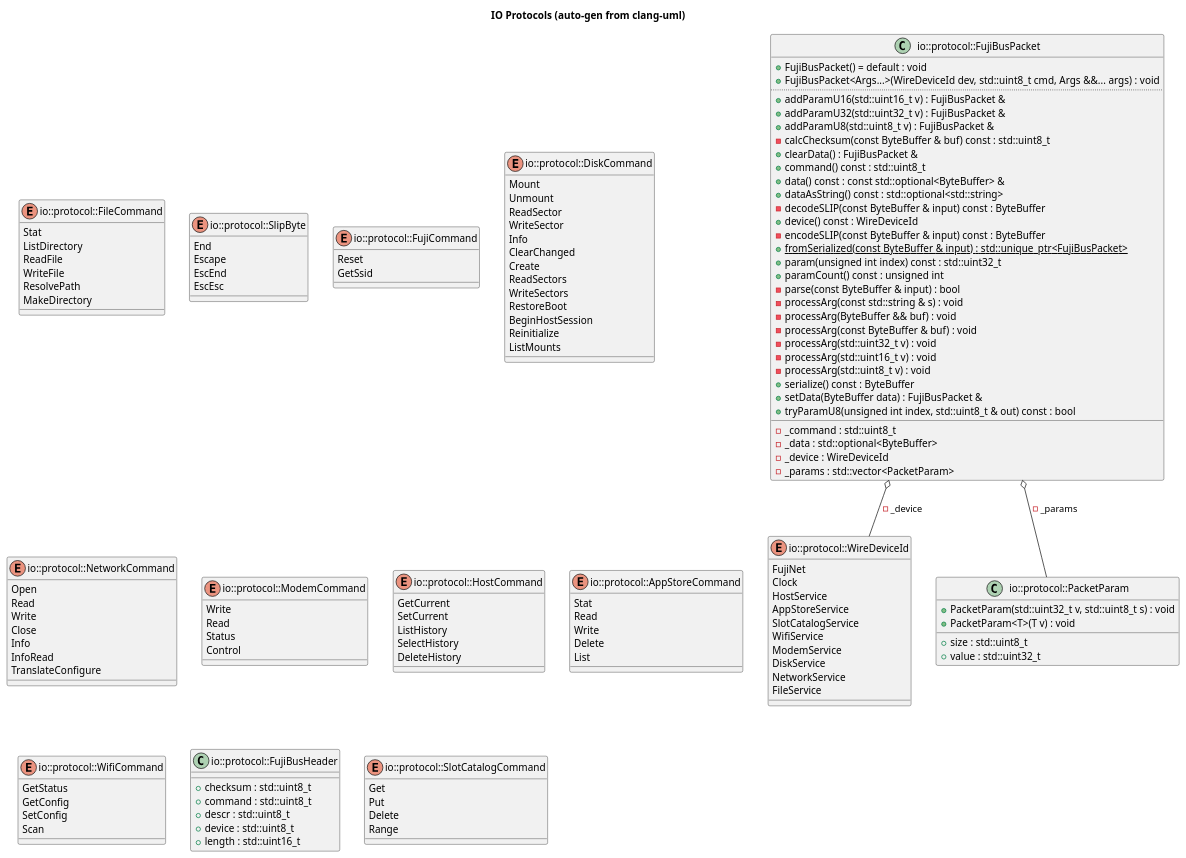
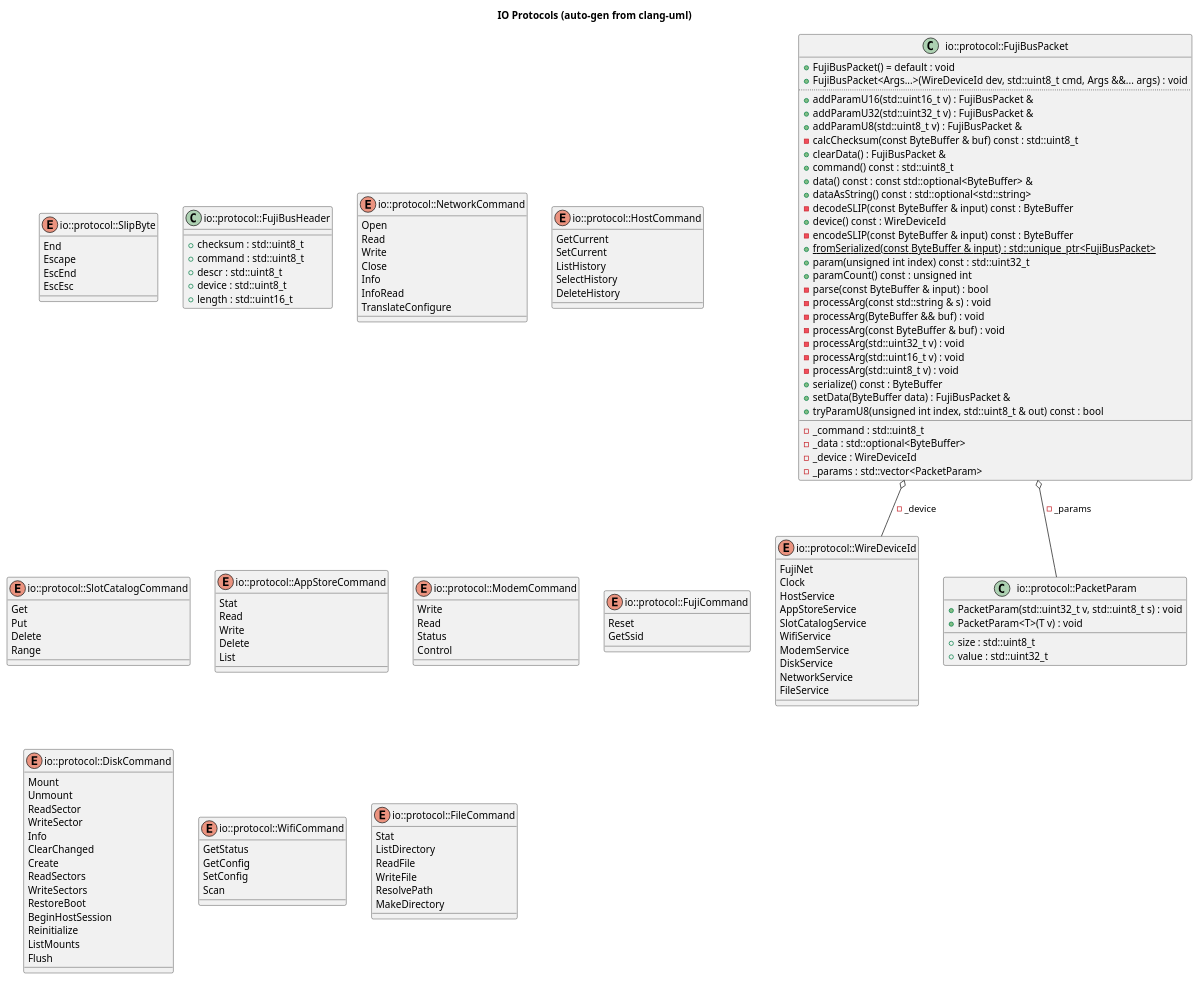
The diagram in docs/uml/gen_io_protocol.puml (markjfisher/fujinet-nio), drawn with PlantUML before and after one commit. The commit also changed 19 other files, not shown here.

Commit message:
chore: update auto-generated UML diagrams

```diff
--- a/docs/uml/gen_io_protocol.puml
+++ b/docs/uml/gen_io_protocol.puml
@@ -1,157 +1,158 @@
 @startuml
 title IO Protocols (auto-gen from clang-uml)
 enum "io::protocol::WireDeviceId" as C_0015225225004340369839
 enum C_0015225225004340369839 {
 FujiNet
 Clock
 HostService
 AppStoreService
 SlotCatalogService
 WifiService
 ModemService
 DiskService
 NetworkService
 FileService
-}
-enum "io::protocol::FileCommand" as C_0003895064208135060769
-enum C_0003895064208135060769 {
-Stat
-ListDirectory
-ReadFile
-WriteFile
-ResolvePath
-MakeDirectory
 }
 enum "io::protocol::SlipByte" as C_0010627602090167488081
 enum C_0010627602090167488081 {
 End
 Escape
 EscEnd
 EscEsc
 }
 class "io::protocol::PacketParam" as C_0003277087640557799971
 class C_0003277087640557799971 {
 +PacketParam(std::uint32_t v, std::uint8_t s) : void
 +PacketParam<T>(T v) : void
 __
 +size : std::uint8_t
 +value : std::uint32_t
 }
 class "io::protocol::FujiBusPacket" as C_0017232777488057089840
 class C_0017232777488057089840 {
 +FujiBusPacket() = default : void
 +FujiBusPacket<Args...>(WireDeviceId dev, std::uint8_t cmd, Args &&... args) : void
 ..
 +addParamU16(std::uint16_t v) : FujiBusPacket &
 +addParamU32(std::uint32_t v) : FujiBusPacket &
 +addParamU8(std::uint8_t v) : FujiBusPacket &
 -calcChecksum(const ByteBuffer & buf) const : std::uint8_t
 +clearData() : FujiBusPacket &
 +command() const : std::uint8_t
 +data() const : const std::optional<ByteBuffer> &
 +dataAsString() const : std::optional<std::string>
 -decodeSLIP(const ByteBuffer & input) const : ByteBuffer
 +device() const : WireDeviceId
 -encodeSLIP(const ByteBuffer & input) const : ByteBuffer
 {static} +fromSerialized(const ByteBuffer & input) : std::unique_ptr<FujiBusPacket>
 +param(unsigned int index) const : std::uint32_t
 +paramCount() const : unsigned int
 -parse(const ByteBuffer & input) : bool
 -processArg(const std::string & s) : void
 -processArg(ByteBuffer && buf) : void
 -processArg(const ByteBuffer & buf) : void
 -processArg(std::uint32_t v) : void
 -processArg(std::uint16_t v) : void
 -processArg(std::uint8_t v) : void
 +serialize() const : ByteBuffer
 +setData(ByteBuffer data) : FujiBusPacket &
 +tryParamU8(unsigned int index, std::uint8_t & out) const : bool
 __
 -_command : std::uint8_t
 -_data : std::optional<ByteBuffer>
 -_device : WireDeviceId
 -_params : std::vector<PacketParam>
 }
+class "io::protocol::FujiBusHeader" as C_0009954510640382192371
+class C_0009954510640382192371 {
+__
++checksum : std::uint8_t
++command : std::uint8_t
++descr : std::uint8_t
++device : std::uint8_t
++length : std::uint16_t
+}
+enum "io::protocol::NetworkCommand" as C_0007700754280455587098
+enum C_0007700754280455587098 {
+Open
+Read
+Write
+Close
+Info
+InfoRead
+TranslateConfigure
+}
+enum "io::protocol::HostCommand" as C_0007123260493549580442
+enum C_0007123260493549580442 {
+GetCurrent
+SetCurrent
+ListHistory
+SelectHistory
+DeleteHistory
+}
+enum "io::protocol::SlotCatalogCommand" as C_0000459409847653698260
+enum C_0000459409847653698260 {
+Get
+Put
+Delete
+Range
+}
+enum "io::protocol::AppStoreCommand" as C_0006374947442224284008
+enum C_0006374947442224284008 {
+Stat
+Read
+Write
+Delete
+List
+}
+enum "io::protocol::ModemCommand" as C_0010997942004027913014
+enum C_0010997942004027913014 {
+Write
+Read
+Status
+Control
+}
 enum "io::protocol::FujiCommand" as C_0004628219160953719395
 enum C_0004628219160953719395 {
 Reset
 GetSsid
 }
 enum "io::protocol::DiskCommand" as C_0015699043703645047876
 enum C_0015699043703645047876 {
 Mount
 Unmount
 ReadSector
 WriteSector
 Info
 ClearChanged
 Create
 ReadSectors
 WriteSectors
 RestoreBoot
 BeginHostSession
 Reinitialize
 ListMounts
-}
-enum "io::protocol::NetworkCommand" as C_0007700754280455587098
-enum C_0007700754280455587098 {
-Open
-Read
-Write
-Close
-Info
-InfoRead
-TranslateConfigure
-}
-enum "io::protocol::ModemCommand" as C_0010997942004027913014
-enum C_0010997942004027913014 {
-Write
-Read
-Status
-Control
-}
-enum "io::protocol::HostCommand" as C_0007123260493549580442
-enum C_0007123260493549580442 {
-GetCurrent
-SetCurrent
-ListHistory
-SelectHistory
-DeleteHistory
-}
-enum "io::protocol::AppStoreCommand" as C_0006374947442224284008
-enum C_0006374947442224284008 {
-Stat
-Read
-Write
-Delete
-List
+Flush
 }
 enum "io::protocol::WifiCommand" as C_0015484389551772629797
 enum C_0015484389551772629797 {
 GetStatus
 GetConfig
 SetConfig
 Scan
 }
-class "io::protocol::FujiBusHeader" as C_0009954510640382192371
-class C_0009954510640382192371 {
-__
-+checksum : std::uint8_t
-+command : std::uint8_t
-+descr : std::uint8_t
-+device : std::uint8_t
-+length : std::uint16_t
-}
-enum "io::protocol::SlotCatalogCommand" as C_0000459409847653698260
-enum C_0000459409847653698260 {
-Get
-Put
-Delete
-Range
+enum "io::protocol::FileCommand" as C_0003895064208135060769
+enum C_0003895064208135060769 {
+Stat
+ListDirectory
+ReadFile
+WriteFile
+ResolvePath
+MakeDirectory
 }
 C_0017232777488057089840 o-- C_0015225225004340369839 : -_device
 C_0017232777488057089840 o-- C_0003277087640557799971 : -_params
 
 'Generated with clang-uml, version 0.6.3
 'LLVM version Ubuntu clang version 18.1.3 (1ubuntu1)
 @enduml
```
